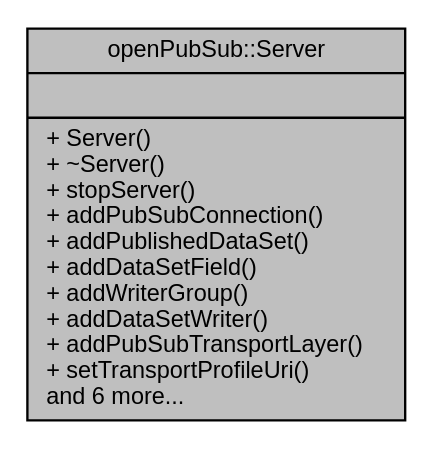
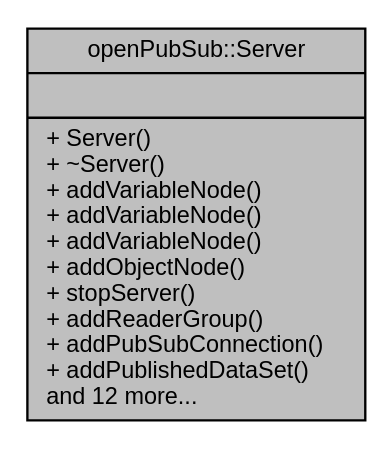
One commit to makreft/openPubSub changed the diagram in classopenPubSub_1_1Server__coll__graph.dot. Above: the diagram before and after it, drawn with Graphviz. The commit also changed 28 other files, not shown here.

```diff
--- a/classopenPubSub_1_1Server__coll__graph.dot
+++ b/classopenPubSub_1_1Server__coll__graph.dot
@@ -1,7 +1,7 @@
 digraph "openPubSub::Server"
 {
  // LATEX_PDF_SIZE
   edge [fontname="Helvetica",fontsize="10",labelfontname="Helvetica",labelfontsize="10"];
   node [fontname="Helvetica",fontsize="10",shape=record];
-  Node1 [label="{openPubSub::Server\n||+ Server()\l+ ~Server()\l+ stopServer()\l+ addPubSubConnection()\l+ addPublishedDataSet()\l+ addDataSetField()\l+ addWriterGroup()\l+ addDataSetWriter()\l+ addPubSubTransportLayer()\l+ setTransportProfileUri()\land 6 more...\l}",height=0.2,width=0.4,color="black", fillcolor="grey75", style="filled", fontcolor="black",tooltip=" "];
+  Node1 [label="{openPubSub::Server\n||+ Server()\l+ ~Server()\l+ addVariableNode()\l+ addVariableNode()\l+ addVariableNode()\l+ addObjectNode()\l+ stopServer()\l+ addReaderGroup()\l+ addPubSubConnection()\l+ addPublishedDataSet()\land 12 more...\l}",height=0.2,width=0.4,color="black", fillcolor="grey75", style="filled", fontcolor="black",tooltip=" "];
 }
```
